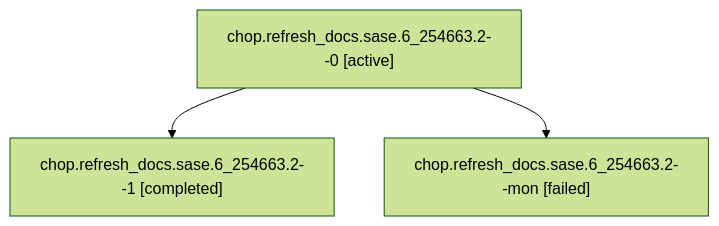
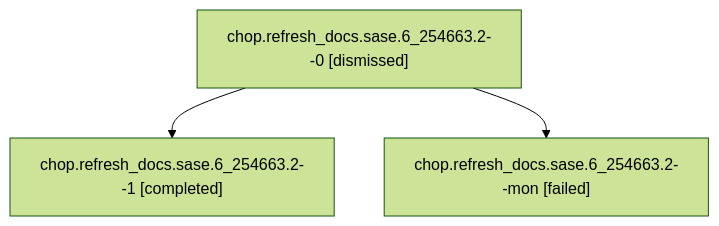
Before and after one commit to sase-org/sase--agents: the diagram in sessions/bbugyi200.athena.chop.refresh_docs.sase.6_254663.2.md, drawn with Mermaid (forest theme). The commit also changed other lines of this file and 320 other files, not shown here.

````diff
--- a/sessions/bbugyi200.athena.chop.refresh_docs.sase.6_254663.2.md
+++ b/sessions/bbugyi200.athena.chop.refresh_docs.sase.6_254663.2.md
@@ -9,8 +9,8 @@
 ```mermaid
 flowchart TD
-  n0["chop.refresh_docs.sase.6_254663.2--0 [active]"]
+  n0["chop.refresh_docs.sase.6_254663.2--0 [dismissed]"]
   n1["chop.refresh_docs.sase.6_254663.2--1 [completed]"]
   n0 --> n1
   n2["chop.refresh_docs.sase.6_254663.2--mon [failed]"]
   n0 --> n2
 ```
````
